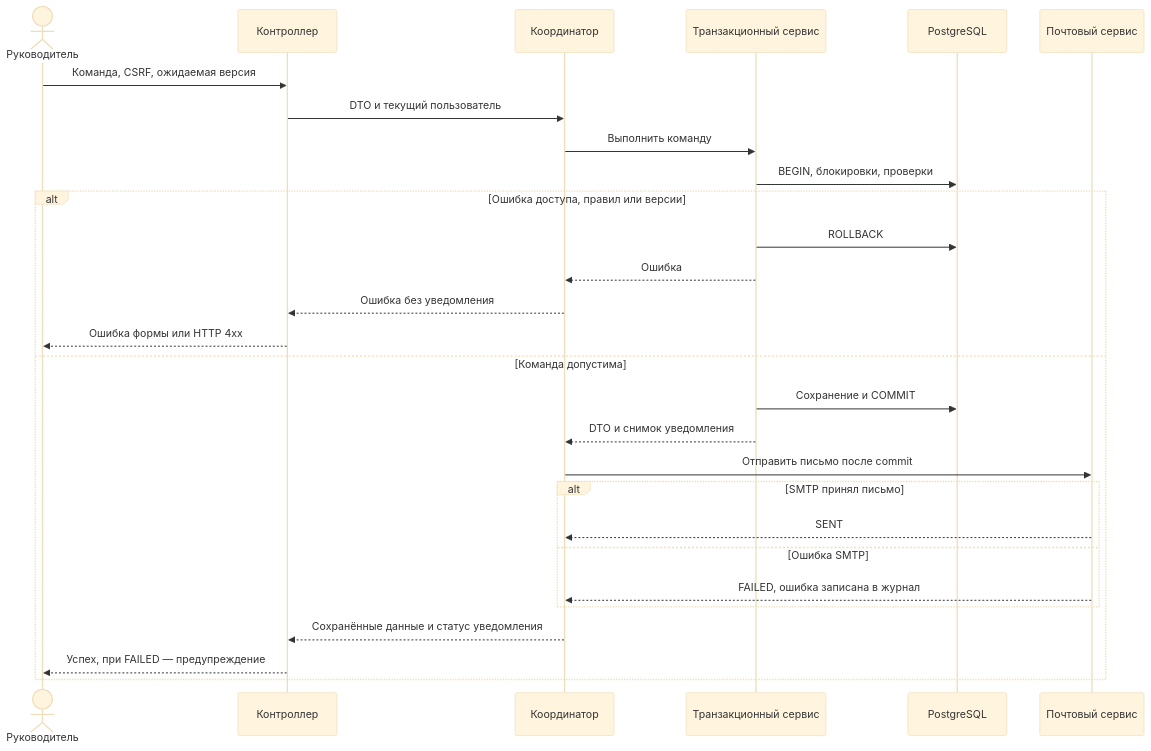
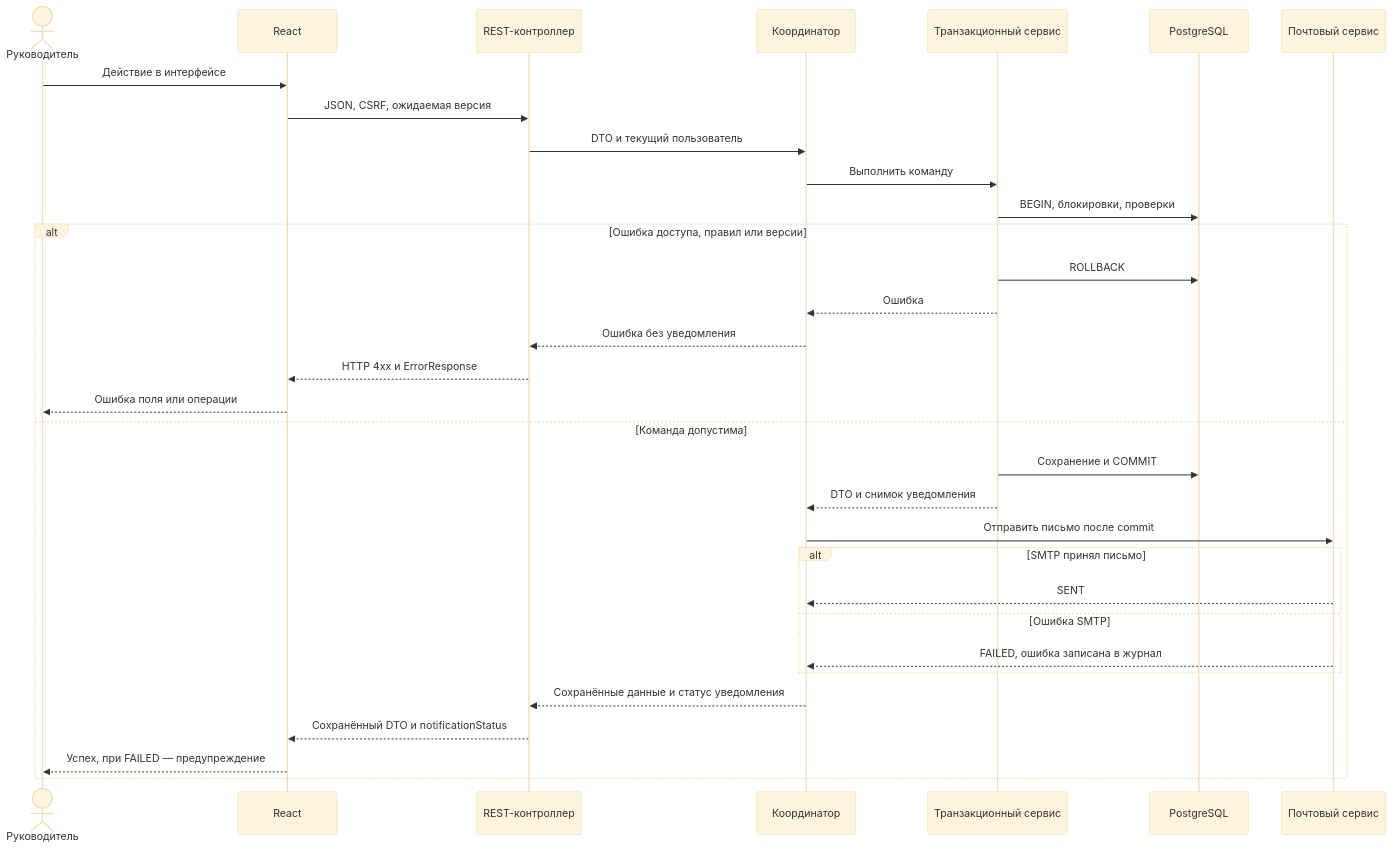
Before and after one commit to vehxi/TaskFlow: the diagram in docs/diagrams/architecture-command.md, drawn with Mermaid (base theme). The commit also changed 89 other files, not shown here.

Commit message:
feat: add user administration and React interface with light and dark themes

````diff
--- a/docs/diagrams/architecture-command.md
+++ b/docs/diagrams/architecture-command.md
@@ -5,30 +5,34 @@
 ```mermaid
 sequenceDiagram
     actor User as Руководитель
-    participant Web as Контроллер
+    participant Client as React
+    participant Web as REST-контроллер
     participant Coord as Координатор
     participant Tx as Транзакционный сервис
     participant DB as PostgreSQL
     participant Mail as Почтовый сервис
-    User->>Web: Команда, CSRF, ожидаемая версия
+    User->>Client: Действие в интерфейсе
+    Client->>Web: JSON, CSRF, ожидаемая версия
     Web->>Coord: DTO и текущий пользователь
     Coord->>Tx: Выполнить команду
     Tx->>DB: BEGIN, блокировки, проверки
     alt Ошибка доступа, правил или версии
         Tx->>DB: ROLLBACK
         Tx-->>Coord: Ошибка
         Coord-->>Web: Ошибка без уведомления
-        Web-->>User: Ошибка формы или HTTP 4xx
+        Web-->>Client: HTTP 4xx и ErrorResponse
+        Client-->>User: Ошибка поля или операции
     else Команда допустима
         Tx->>DB: Сохранение и COMMIT
         Tx-->>Coord: DTO и снимок уведомления
         Coord->>Mail: Отправить письмо после commit
         alt SMTP принял письмо
             Mail-->>Coord: SENT
         else Ошибка SMTP
             Mail-->>Coord: FAILED, ошибка записана в журнал
         end
         Coord-->>Web: Сохранённые данные и статус уведомления
-        Web-->>User: Успех, при FAILED — предупреждение
+        Web-->>Client: Сохранённый DTO и notificationStatus
+        Client-->>User: Успех, при FAILED — предупреждение
     end
 ```
````
